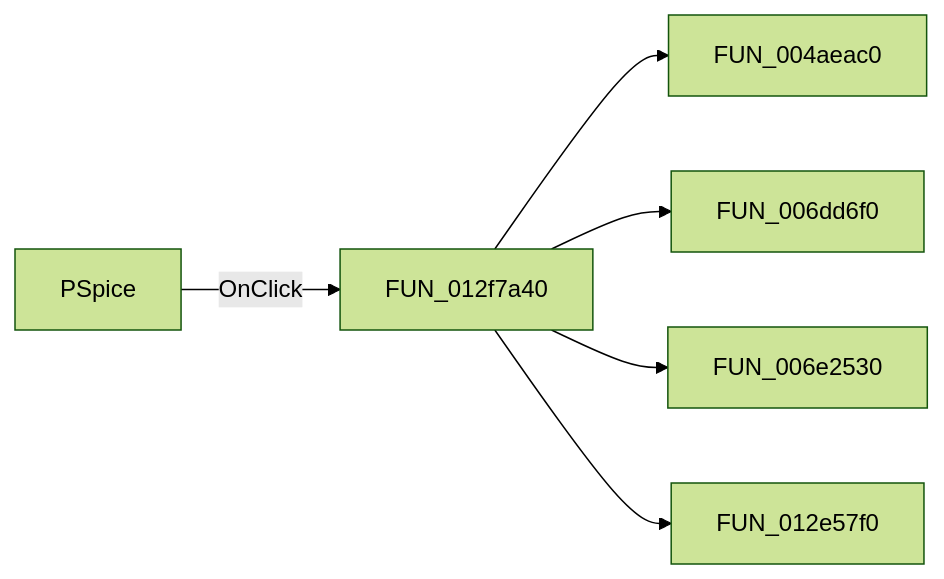
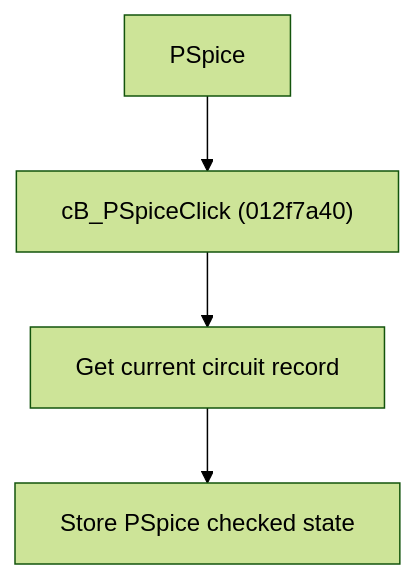
One commit to MovGP0/TIARA changed the diagram in docs/ui-controls/frmmodeltestbencheditor/cb-pspice-4ce456fe6e.md. Above: the diagram before and after it, drawn with Mermaid (forest theme). The commit also changed other lines of this file and 387 other files, not shown here.

````diff
--- a/docs/ui-controls/frmmodeltestbencheditor/cb-pspice-4ce456fe6e.md
+++ b/docs/ui-controls/frmmodeltestbencheditor/cb-pspice-4ce456fe6e.md
@@ -27,8 +28,6 @@
 ```mermaid
-flowchart LR
-    control["PSpice"] -->|OnClick| handler["FUN_012f7a40"]
-    handler --> call1["FUN_004aeac0"]
-    handler --> call2["FUN_006dd6f0"]
-    handler --> call3["FUN_006e2530"]
-    handler --> call4["FUN_012e57f0"]
+flowchart TD
+    control["PSpice"] --> handler["cB_PSpiceClick (012f7a40)"]
+    handler --> record["Get current circuit record"]
+    record --> state["Store PSpice checked state"]
 ```
````
